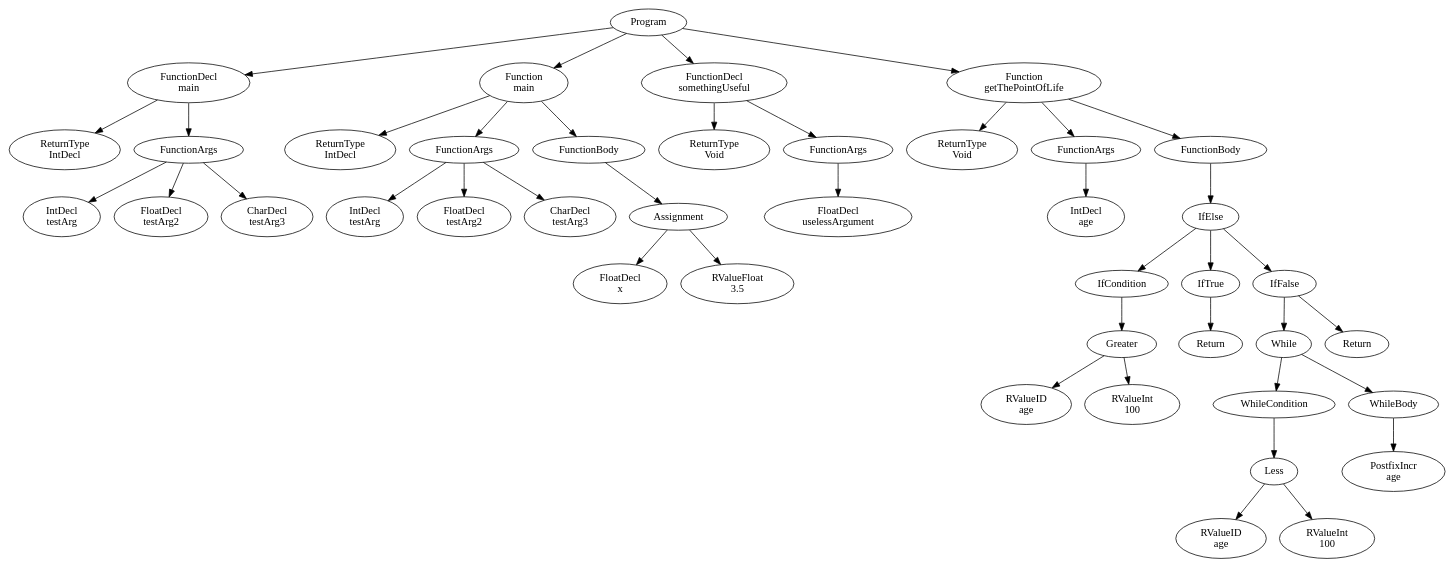
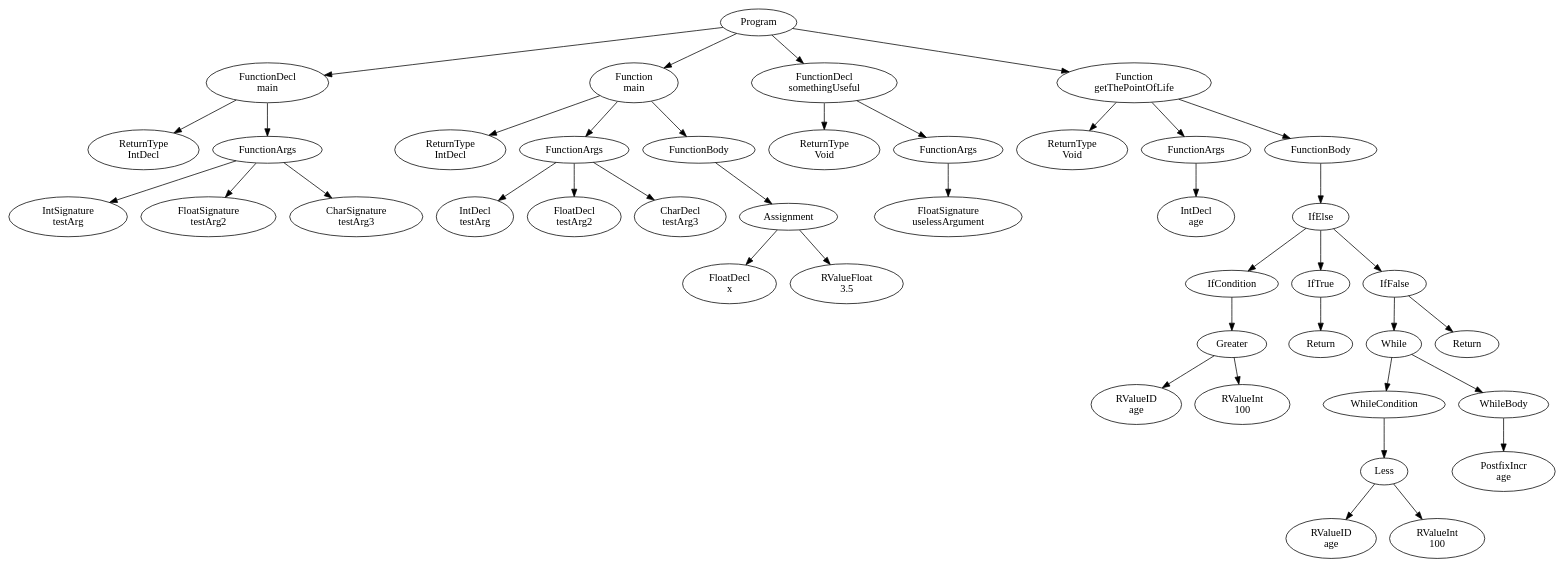
One commit to FedericoQuin/Compilers changed the diagram in official/res/solutions/functions.dot. Above: the diagram before and after it, drawn with Graphviz. The commit also changed 3 other files, not shown here.

```diff
--- a/official/res/solutions/functions.dot
+++ b/official/res/solutions/functions.dot
@@ -1,85 +1,85 @@
 digraph AST {
 4 [label="Program"];
 5 [label="FunctionDecl \nmain"];
 6 [label="ReturnType \nIntDecl"];
 7 [label="FunctionArgs"];
-8 [label="IntDecl \ntestArg"];
-9 [label="FloatDecl \ntestArg2"];
-10 [label="CharDecl \ntestArg3"];
+8 [label="IntSignature \ntestArg"];
+9 [label="FloatSignature \ntestArg2"];
+10 [label="CharSignature \ntestArg3"];
 7 -> 8;
 7 -> 9;
 7 -> 10;
 5 -> 6;
 5 -> 7;
 11 [label="Function \nmain"];
 12 [label="ReturnType \nIntDecl"];
 13 [label="FunctionArgs"];
 14 [label="IntDecl \ntestArg"];
 15 [label="FloatDecl \ntestArg2"];
 16 [label="CharDecl \ntestArg3"];
 13 -> 14;
 13 -> 15;
 13 -> 16;
 17 [label="FunctionBody"];
 18 [label="Assignment"];
 19 [label="FloatDecl \nx"];
 20 [label="RValueFloat \n3.5"];
 18 -> 19;
 18 -> 20;
 17 -> 18;
 11 -> 12;
 11 -> 13;
 11 -> 17;
 21 [label="FunctionDecl \nsomethingUseful"];
 22 [label="ReturnType \nVoid"];
 23 [label="FunctionArgs"];
-24 [label="FloatDecl \nuselessArgument"];
+24 [label="FloatSignature \nuselessArgument"];
 23 -> 24;
 21 -> 22;
 21 -> 23;
 25 [label="Function \ngetThePointOfLife"];
 26 [label="ReturnType \nVoid"];
 27 [label="FunctionArgs"];
 28 [label="IntDecl \nage"];
 27 -> 28;
 29 [label="FunctionBody"];
 30 [label="IfElse"];
 31 [label="IfCondition"];
 32 [label="Greater"];
 33 [label="RValueID \nage"];
 34 [label="RValueInt \n100"];
 32 -> 33;
 32 -> 34;
 31 -> 32;
 35 [label="IfTrue"];
 36 [label="Return"];
 35 -> 36;
 37 [label="IfFalse"];
 38 [label="While"];
 39 [label="WhileCondition"];
 40 [label="Less"];
 41 [label="RValueID \nage"];
 42 [label="RValueInt \n100"];
 40 -> 41;
 40 -> 42;
 39 -> 40;
 43 [label="WhileBody"];
 44 [label="PostfixIncr \nage"];
 43 -> 44;
 38 -> 39;
 38 -> 43;
 45 [label="Return"];
 37 -> 38;
 37 -> 45;
 30 -> 31;
 30 -> 35;
 30 -> 37;
 29 -> 30;
 25 -> 26;
 25 -> 27;
 25 -> 29;
 4 -> 5;
 4 -> 11;
 4 -> 21;
 4 -> 25;
 }
```
